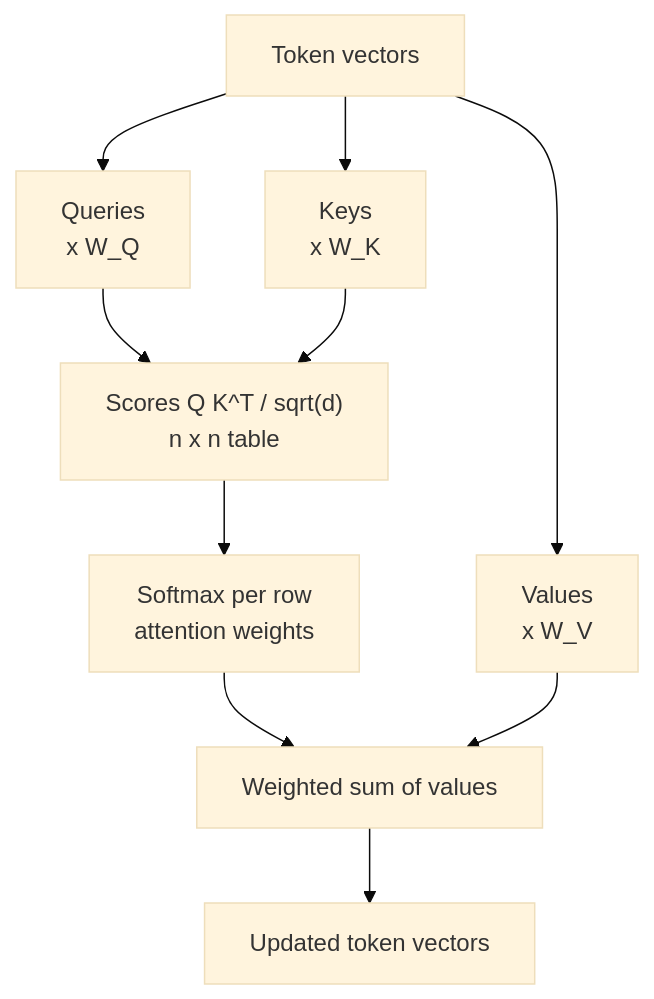
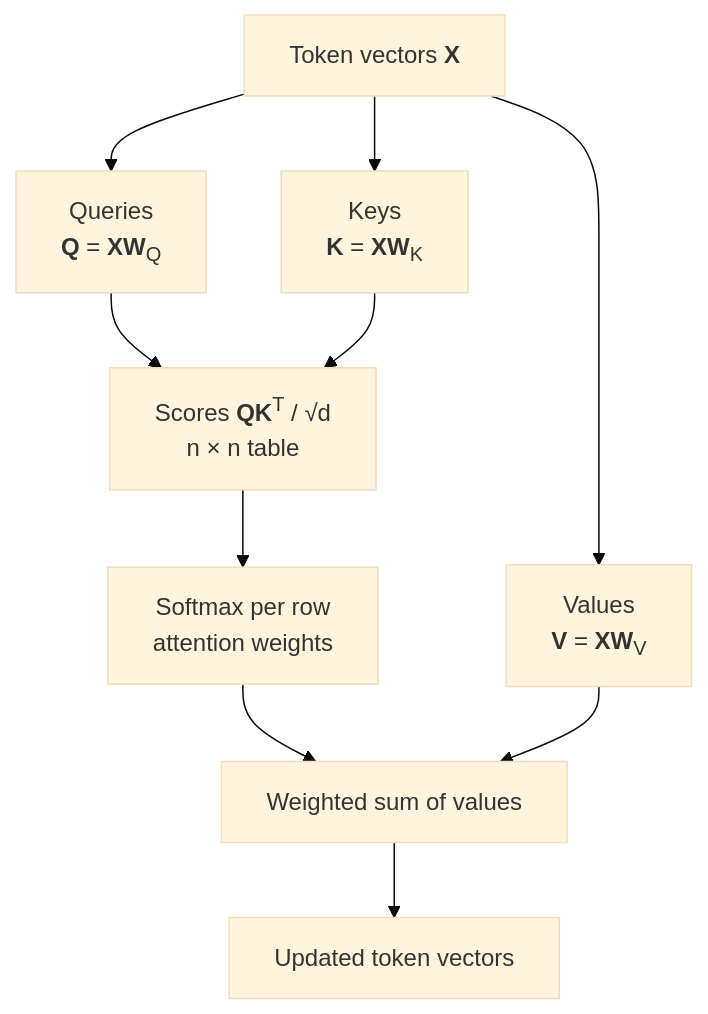
Before and after one commit to zgxsin/zgxsin.github.io: the fourth of 5 diagrams in _posts/2026-11-15-transformers-and-cnn.md, drawn with Mermaid (base theme). The commit also changed other lines of this file and 1 other file, not shown here.

First line of the commit message:
Update CLAUDE.md with Mermaid label guidelines and publish date adjustments for the Transformers post

````diff
--- a/_posts/2026-11-15-transformers-and-cnn.md
+++ b/_posts/2026-11-15-transformers-and-cnn.md
@@ -147,12 +177,12 @@
 ```mermaid
 flowchart TB
-  atX["Token vectors"] --> atQ["Queries<br/>x W_Q"]
-  atX --> atK["Keys<br/>x W_K"]
-  atX --> atV["Values<br/>x W_V"]
-  atQ --> atS["Scores Q K^T / sqrt(d)<br/>n x n table"]
+  atX["Token vectors <b>X</b>"] --> atQ["Queries<br/><b>Q</b> = <b>X</b><b>W</b><sub>Q</sub>"]
+  atX --> atK["Keys<br/><b>K</b> = <b>X</b><b>W</b><sub>K</sub>"]
+  atX --> atV["Values<br/><b>V</b> = <b>X</b><b>W</b><sub>V</sub>"]
+  atQ --> atS["Scores <b>Q</b><b>K</b><sup>T</sup> / √d<br/>n × n table"]
   atK --> atS
   atS --> atSM["Softmax per row<br/>attention weights"]
   atSM --> atM["Weighted sum of values"]
   atV --> atM
   atM --> atO["Updated token vectors"]
 ```
````
